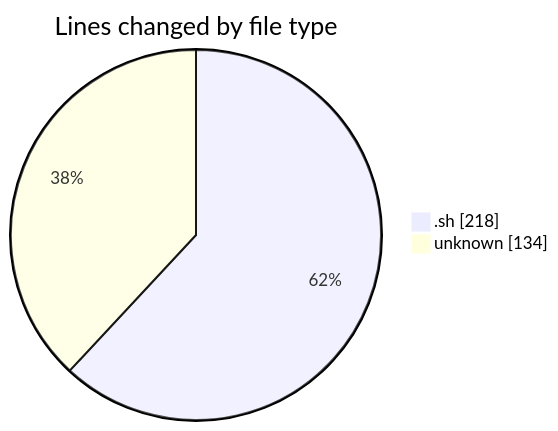
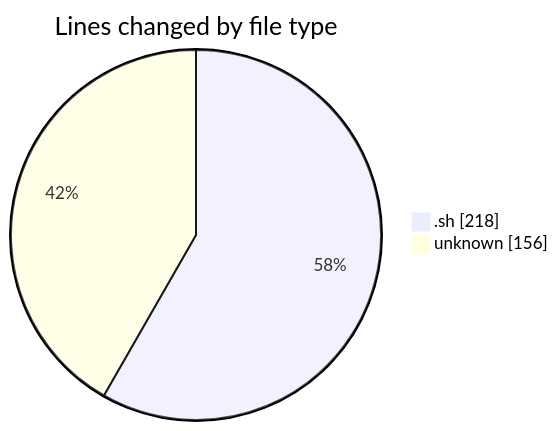
The first of 2 diagrams in 2026-03-30/scripts/README.md (ricardozamudiocil/code-tracking), drawn with Mermaid before and after one commit. The commit also changed other lines of this file and 1 other file, not shown here.

````diff
--- a/2026-03-30/scripts/README.md
+++ b/2026-03-30/scripts/README.md
@@ -23,6 +23,6 @@
 ```mermaid
 pie showData
 title Lines changed by file type
 ".sh" : 218
-"unknown" : 134
+"unknown" : 156
 ```
````
